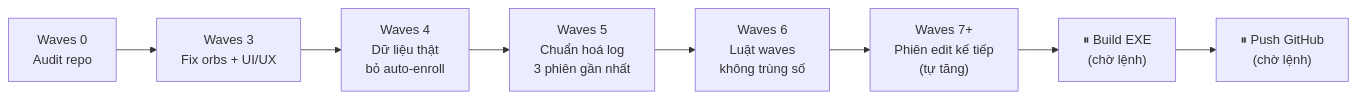
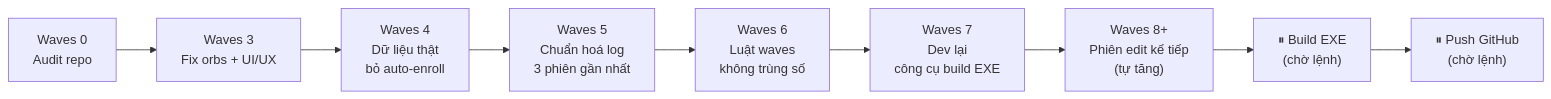
The fourth of 4 diagrams in README.md (duyzoz/AUTO-QUEST), drawn with Mermaid before and after one commit. The commit also changed other lines of this file and 4 other files, not shown here.

Commit message:
feat(build): dev lai cong cu build EXE - dry-run, pre-flight, verify sha256, output build-release/exe (CHUA build)

````diff
--- a/README.md
+++ b/README.md
@@ -86,10 +86,11 @@
 ```mermaid
 flowchart LR
     W0["Waves 0<br/>Audit repo"] --> W3["Waves 3<br/>Fix orbs + UI/UX"]
     W3 --> W4["Waves 4<br/>Dữ liệu thật<br/>bỏ auto-enroll"]
     W4 --> W5["Waves 5<br/>Chuẩn hoá log<br/>3 phiên gần nhất"]
     W5 --> W6["Waves 6<br/>Luật waves<br/>không trùng số"]
-    W6 --> W7["Waves 7+<br/>Phiên edit kế tiếp<br/>(tự tăng)"]
-    W7 --> B["⏸ Build EXE<br/>(chờ lệnh)"]
+    W6 --> W7["Waves 7<br/>Dev lại<br/>công cụ build EXE"]
+    W7 --> W8["Waves 8+<br/>Phiên edit kế tiếp<br/>(tự tăng)"]
+    W8 --> B["⏸ Build EXE<br/>(chờ lệnh)"]
     B --> P["⏸ Push GitHub<br/>(chờ lệnh)"]
 ```
````
